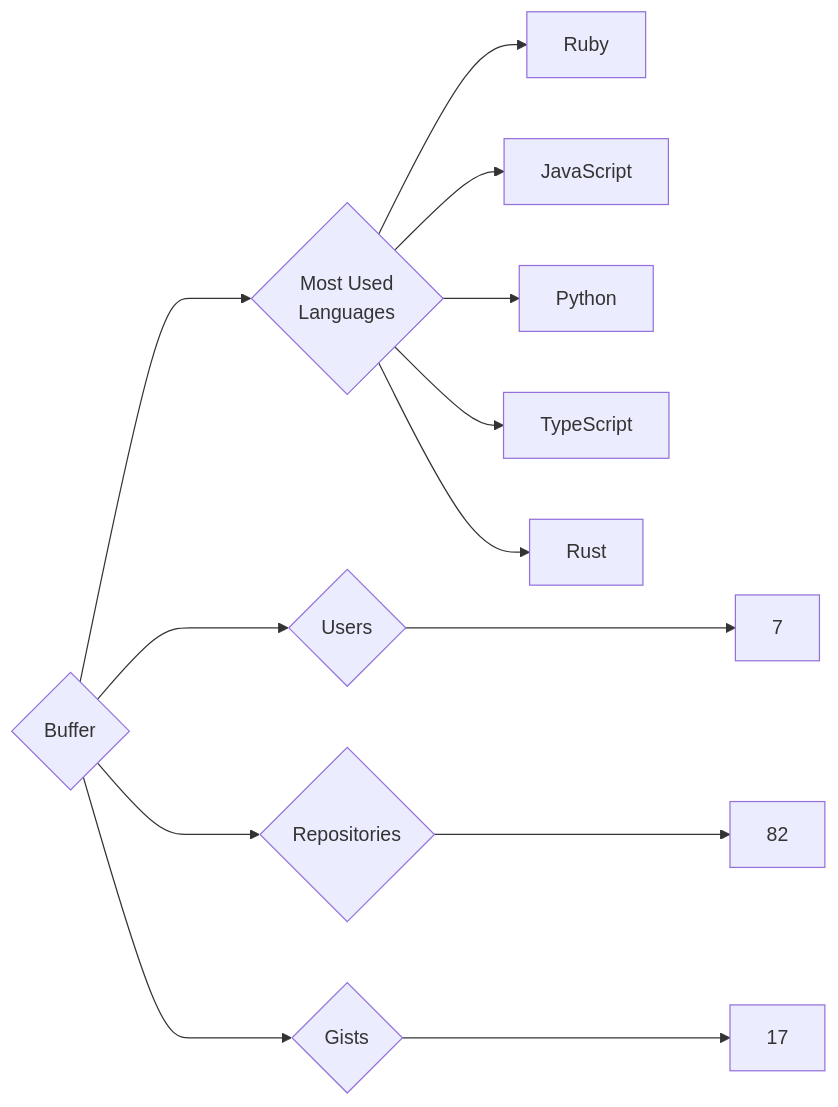
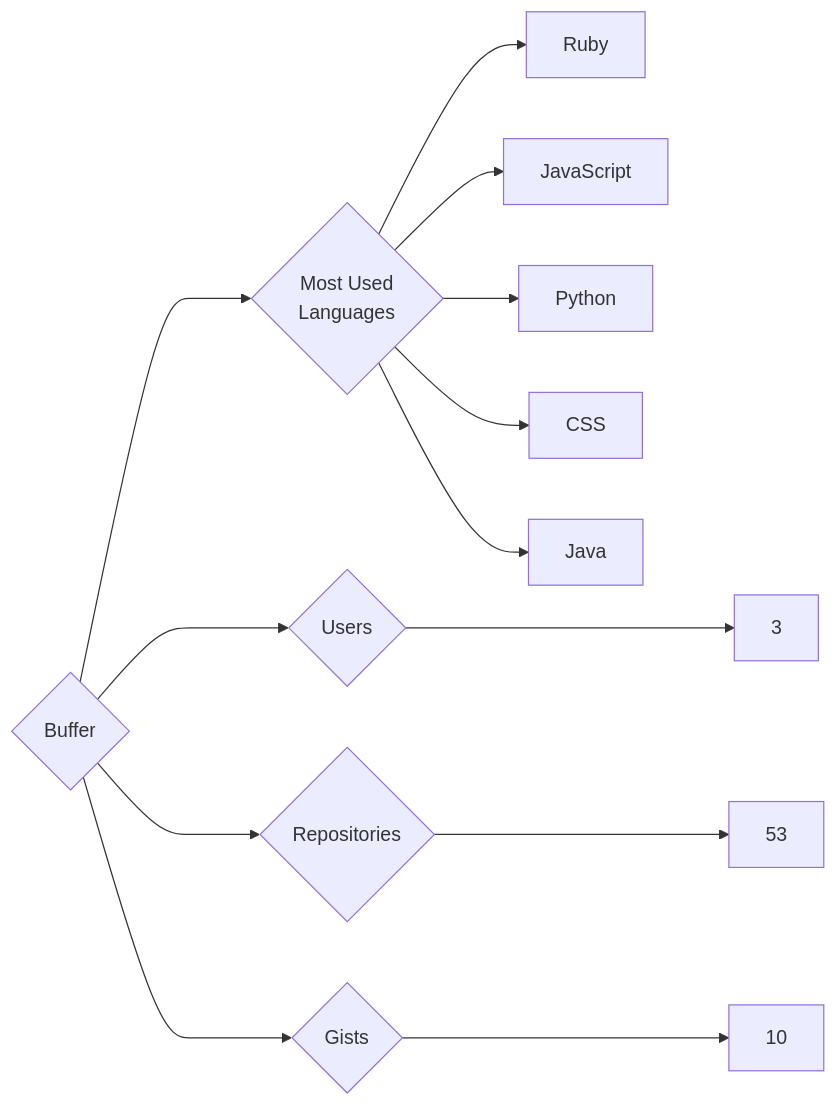
The diagram in targets/Buffer/README.md (trickest/insiders), drawn with Mermaid before and after one commit. The commit also changed 1078 other files, not shown here.

````diff
--- a/targets/Buffer/README.md
+++ b/targets/Buffer/README.md
@@ -3,13 +3,13 @@
 ```mermaid
 graph LR
 COMPANY_NAME{Buffer}
-COMPANY_NAME ---> U{Users} ---> UN[7]
-COMPANY_NAME ---> R{Repositories} ---> RN[82]
-COMPANY_NAME ---> G{Gists} ---> GN[17]
+COMPANY_NAME ---> U{Users} ---> UN[3]
+COMPANY_NAME ---> R{Repositories} ---> RN[53]
+COMPANY_NAME ---> G{Gists} ---> GN[10]
 COMPANY_NAME ---> ML{Most Used<br>Languages}
 ML --> Ruby[Ruby]
 ML --> JavaScript[JavaScript]
 ML --> Python[Python]
-ML --> TypeScript[TypeScript]
-ML --> Rust[Rust]
+ML --> CSS[CSS]
+ML --> Java[Java]
 ```
````
